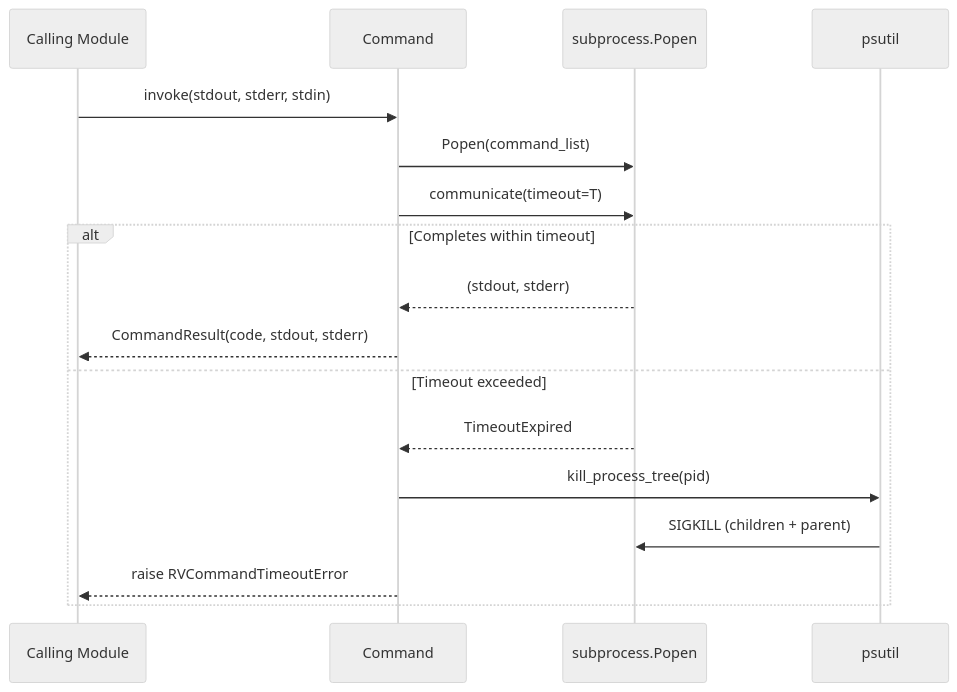
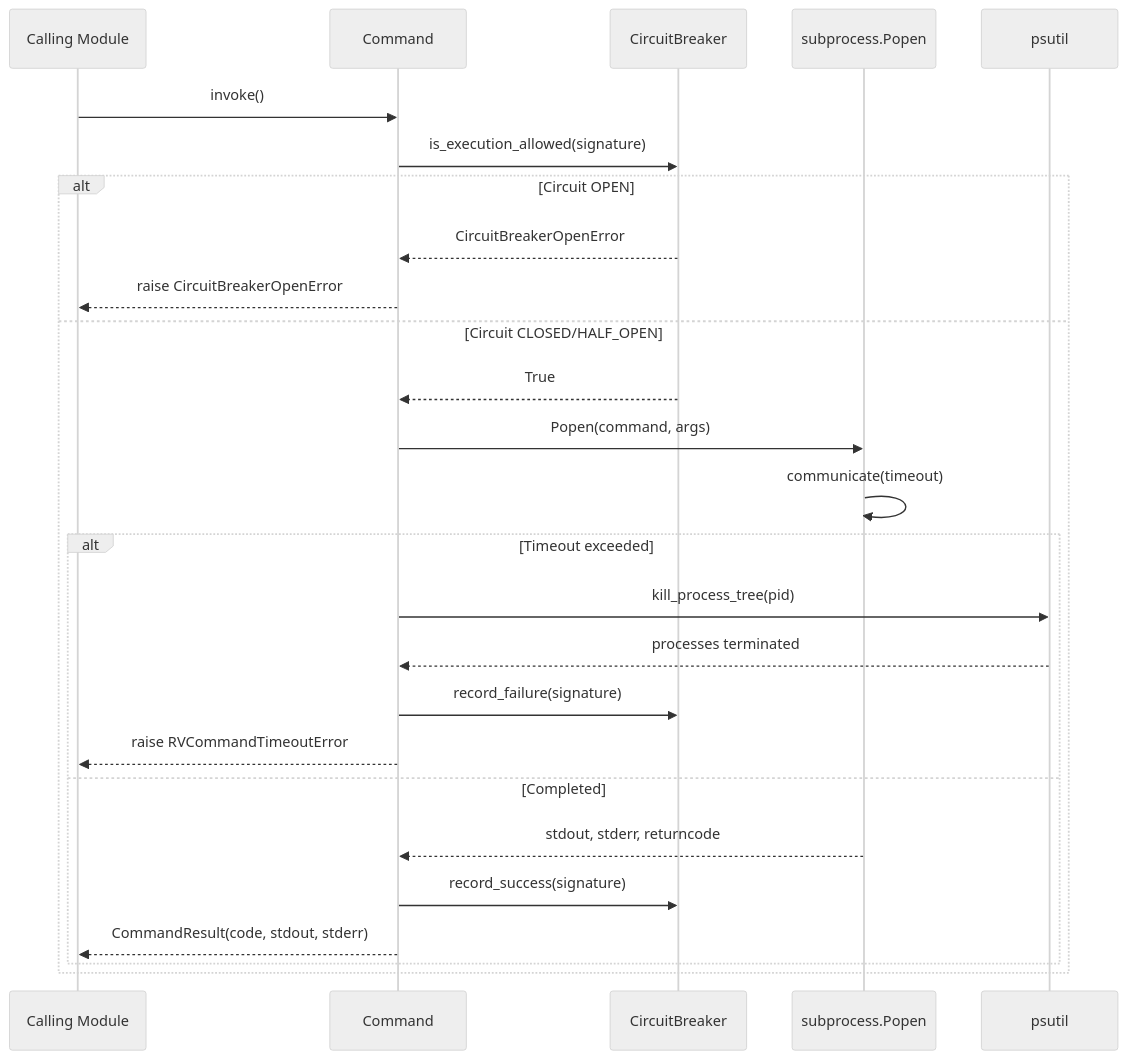
The fourth of 6 diagrams in rv-android/modules/rv-android-core/docs/architecture.md (PAMunb/rvsec), drawn with Mermaid before and after one commit. The commit also changed other lines of this file and 17 other files, not shown here.

First line of the commit message:
docs(tg5): architecture docs for all 13 modules + aperv spec rewrite + script updates (refs #48)

````diff
--- a/rv-android/modules/rv-android-core/docs/architecture.md
+++ b/rv-android/modules/rv-android-core/docs/architecture.md
@@ -340,22 +416,30 @@
 ```mermaid
 %%{init: {'theme': 'neutral'}}%%
 sequenceDiagram
     participant Caller as Calling Module
     participant Cmd as Command
+    participant CircuitBkr as CircuitBreaker
     participant Proc as subprocess.Popen
     participant PS as psutil
 
-    Caller->>Cmd: invoke(stdout, stderr, stdin)
-    Cmd->>Proc: Popen(command_list)
-    Cmd->>Proc: communicate(timeout=T)
-
-    alt Completes within timeout
-        Proc-->>Cmd: (stdout, stderr)
-        Cmd-->>Caller: CommandResult(code, stdout, stderr)
-    else Timeout exceeded
-        Proc-->>Cmd: TimeoutExpired
-        Cmd->>PS: kill_process_tree(pid)
-        PS->>Proc: SIGKILL (children + parent)
-        Cmd-->>Caller: raise RVCommandTimeoutError
+    Caller->>Cmd: invoke()
+    Cmd->>CircuitBkr: is_execution_allowed(signature)
+    alt Circuit OPEN
+        CircuitBkr-->>Cmd: CircuitBreakerOpenError
+        Cmd-->>Caller: raise CircuitBreakerOpenError
+    else Circuit CLOSED/HALF_OPEN
+        CircuitBkr-->>Cmd: True
+        Cmd->>Proc: Popen(command, args)
+        Proc->>Proc: communicate(timeout)
+        alt Timeout exceeded
+            Cmd->>PS: kill_process_tree(pid)
+            PS-->>Cmd: processes terminated
+            Cmd->>CircuitBkr: record_failure(signature)
+            Cmd-->>Caller: raise RVCommandTimeoutError
+        else Completed
+            Proc-->>Cmd: stdout, stderr, returncode
+            Cmd->>CircuitBkr: record_success(signature)
+            Cmd-->>Caller: CommandResult(code, stdout, stderr)
+        end
     end
 ```
````
